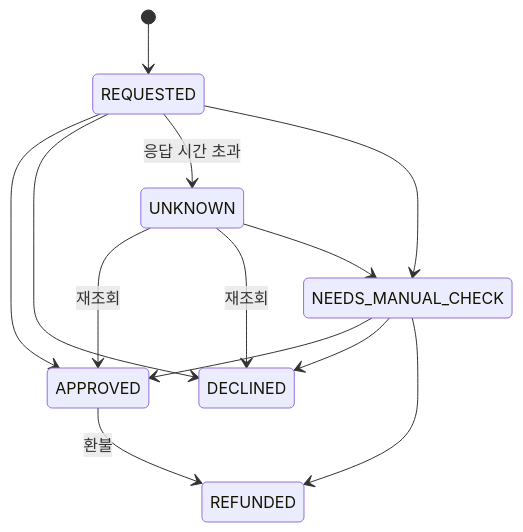
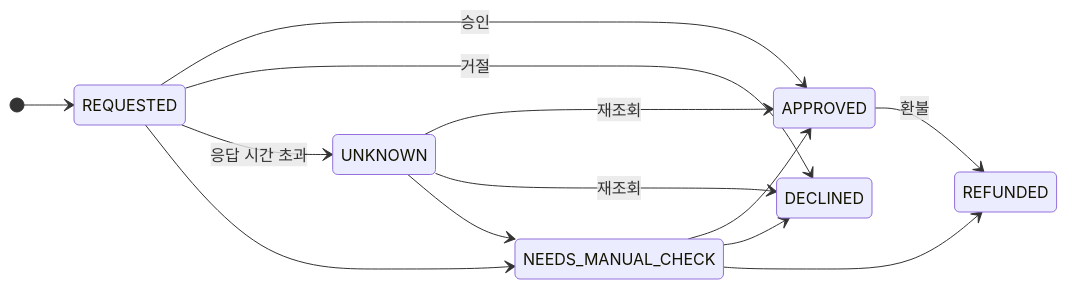
The fifth of 8 diagrams in README.md (GGangMY/high-quality-ticketing-system), drawn with Mermaid before and after one commit. The commit also changed other lines of this file, not shown here.

Commit message:
docs(readme): 다이어그램 배치를 GitHub 화면 폭에 맞게 고치고 배지를 키움 #ISE-308

````diff
--- a/README.md
+++ b/README.md
@@ -240,15 +234,16 @@
 ```mermaid
 stateDiagram-v2
+  direction LR
   [*] --> REQUESTED
-  REQUESTED --> APPROVED
-  REQUESTED --> DECLINED
+  REQUESTED --> APPROVED: 승인
+  REQUESTED --> DECLINED: 거절
   REQUESTED --> UNKNOWN: 응답 시간 초과
   UNKNOWN --> APPROVED: 재조회
   UNKNOWN --> DECLINED: 재조회
   REQUESTED --> NEEDS_MANUAL_CHECK
   UNKNOWN --> NEEDS_MANUAL_CHECK
   NEEDS_MANUAL_CHECK --> APPROVED
   NEEDS_MANUAL_CHECK --> DECLINED
   NEEDS_MANUAL_CHECK --> REFUNDED
   APPROVED --> REFUNDED: 환불
 ```
````
